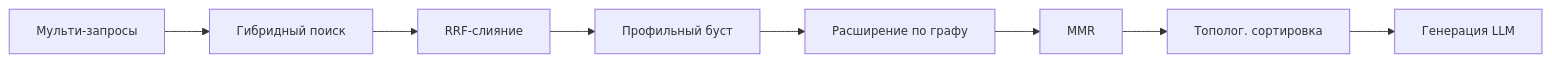
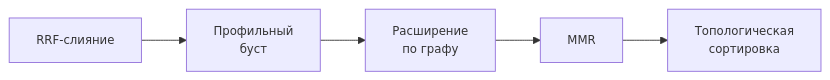
The diagram in doc/presentation/diagrams/rag-pipeline.mmd (KuBaN658/UEAT), drawn with Mermaid before and after one commit.

Commit message:
edit rag-pipeline's diagram

```diff
--- a/doc/presentation/diagrams/rag-pipeline.mmd
+++ b/doc/presentation/diagrams/rag-pipeline.mmd
@@ -1,9 +1,9 @@
 %%{init: {'themeVariables': { 'fontSize': '13px'}}}%%
 flowchart LR
-  A[Мульти-запросы] --> B[Гибридный поиск]
-  B --> C[RRF-слияние]
-  C --> D[Профильный буст]
-  D --> E[Расширение по графу]
+  C[RRF-слияние] --> D[Профильный 
+  буст]
+  D --> E[Расширение 
+  по графу]
   E --> F[MMR]
-  F --> G[Тополог. сортировка]
-  G --> H[Генерация LLM]
+  F --> G[Топологическая
+   сортировка]
```
